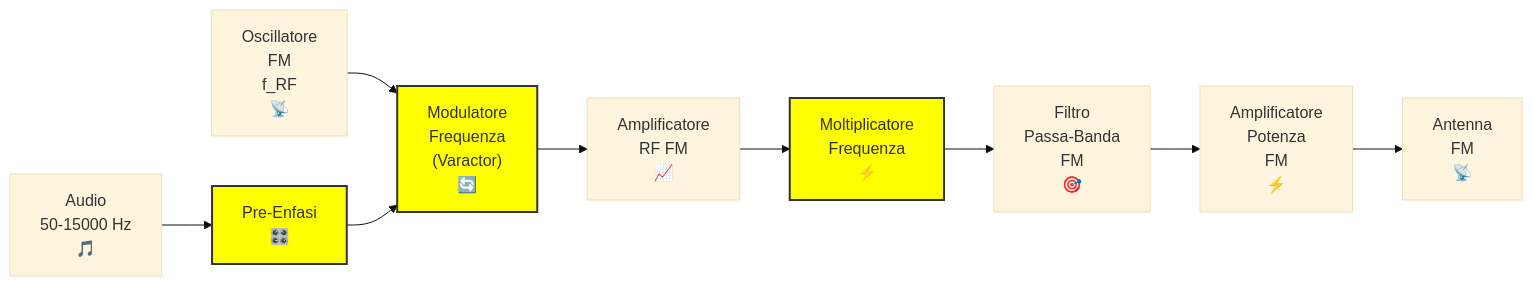
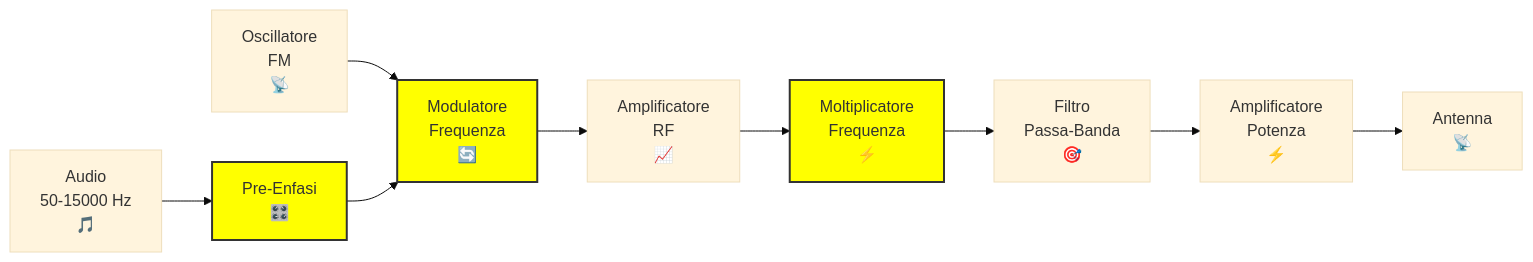
Before and after one commit to EliaTolin/esame-radioamatori: the fourth of 4 diagrams in 05_Trasmettitori/5.2_Schemi_a_blocchi.md, drawn with Mermaid (base theme). The commit also changed other lines of this file and 1 other file, not shown here.

First line of the commit message:
Improve block diagrams: clean labels and add detailed descriptions

````diff
--- a/05_Trasmettitori/5.2_Schemi_a_blocchi.md
+++ b/05_Trasmettitori/5.2_Schemi_a_blocchi.md
@@ -112,13 +128,13 @@
 ```mermaid
 graph LR;
-    OscillatoreFM["Oscillatore<br>FM<br>f_RF<br>📡"] --> ModulatoreFrequenza["Modulatore<br>Frequenza<br>(Varactor)<br>🔄"];
+    OscillatoreFM["Oscillatore<br>FM<br>📡"] --> ModulatoreFrequenza["Modulatore<br>Frequenza<br>🔄"];
     SorgenteAudioFM["Audio<br>50-15000 Hz<br>🎵"] --> PreEnfasi["Pre-Enfasi<br>🎛️"];
     PreEnfasi --> ModulatoreFrequenza;
-    ModulatoreFrequenza --> AmplificatoreRF_FM["Amplificatore<br>RF FM<br>📈"];
+    ModulatoreFrequenza --> AmplificatoreRF_FM["Amplificatore<br>RF<br>📈"];
     AmplificatoreRF_FM --> MoltiplicatoreFM["Moltiplicatore<br>Frequenza<br>⚡"];
-    MoltiplicatoreFM --> FiltroFM["Filtro<br>Passa-Banda<br>FM<br>🎯"];
-    FiltroFM --> AmplificatorePotenzaFM["Amplificatore<br>Potenza<br>FM<br>⚡"];
-    AmplificatorePotenzaFM --> AntennaFM["Antenna<br>FM<br>📡"];
+    MoltiplicatoreFM --> FiltroFM["Filtro<br>Passa-Banda<br>🎯"];
+    FiltroFM --> AmplificatorePotenzaFM["Amplificatore<br>Potenza<br>⚡"];
+    AmplificatorePotenzaFM --> AntennaFM["Antenna<br>📡"];
     classDef fm fill:#ff0,stroke:#333,stroke-width:2px;
     class ModulatoreFrequenza,PreEnfasi,MoltiplicatoreFM fm;
 ```
````
